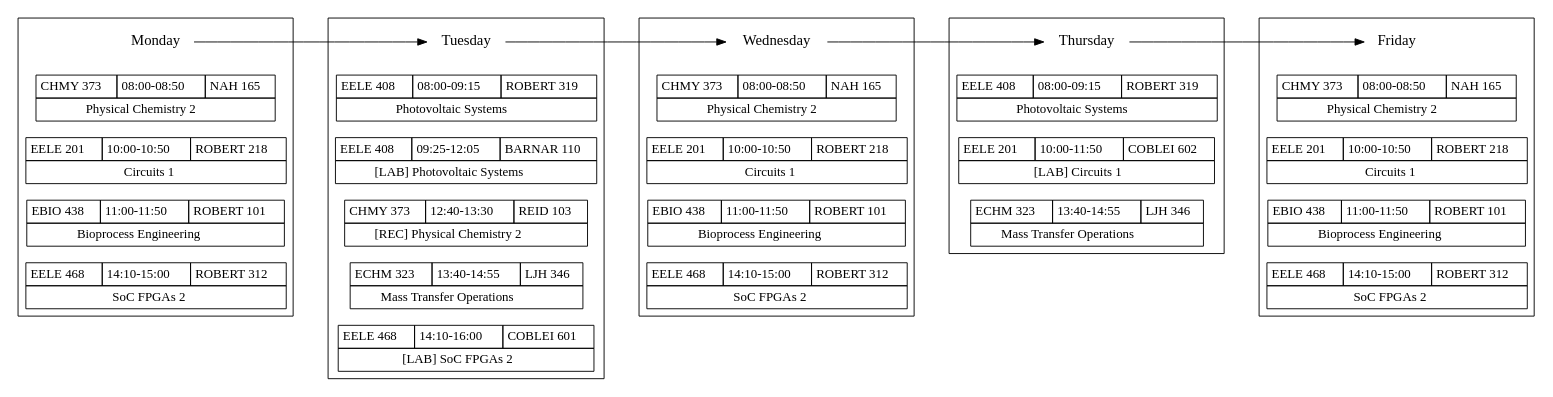
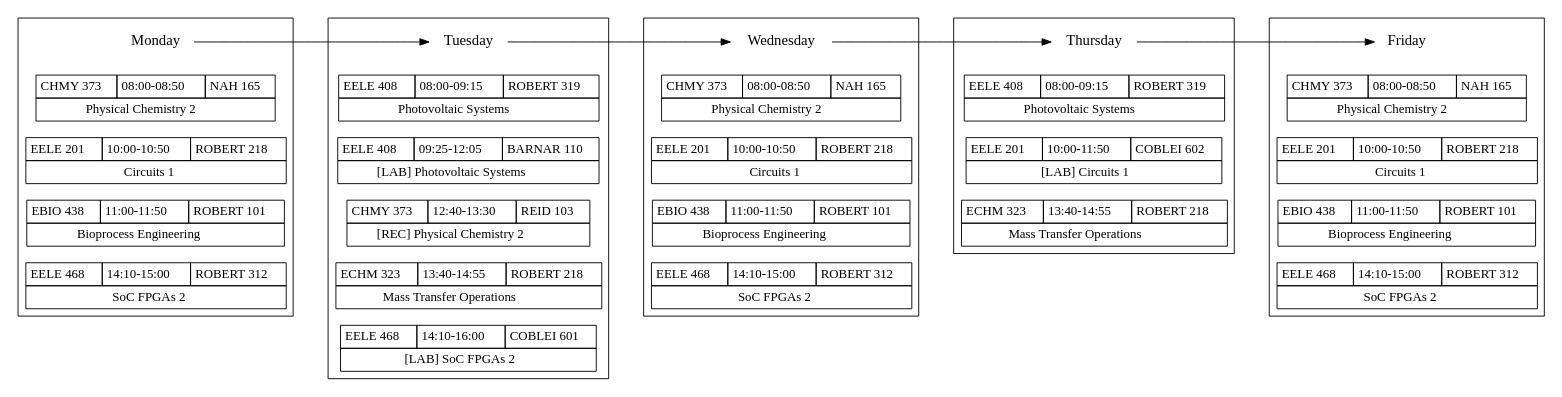
One commit to w-culhane/schedule-flowchart changed the diagram in schedule_3-junior-sem-2-spring.gv. Above: the diagram before and after it, drawn with Graphviz.

Commit message:
Move ECHM 323

```diff
--- a/schedule_3-junior-sem-2-spring.gv
+++ b/schedule_3-junior-sem-2-spring.gv
@@ -89,7 +89,7 @@
     <TR>
     <TD>ECHM 323</TD>
     <TD>13:40-14:55</TD>
-    <TD>LJH 346</TD>
+    <TD>ROBERT 218</TD>
     </TR>
     <TR><TD COLSPAN="3">Mass Transfer Operations</TD></TR>
     </TABLE>>];
@@ -177,7 +177,7 @@
     <TR>
     <TD>ECHM 323</TD>
     <TD>13:40-14:55</TD>
-    <TD>LJH 346</TD>
+    <TD>ROBERT 218</TD>
     </TR>
     <TR><TD COLSPAN="3">Mass Transfer Operations</TD></TR>
     </TABLE>>];
```
